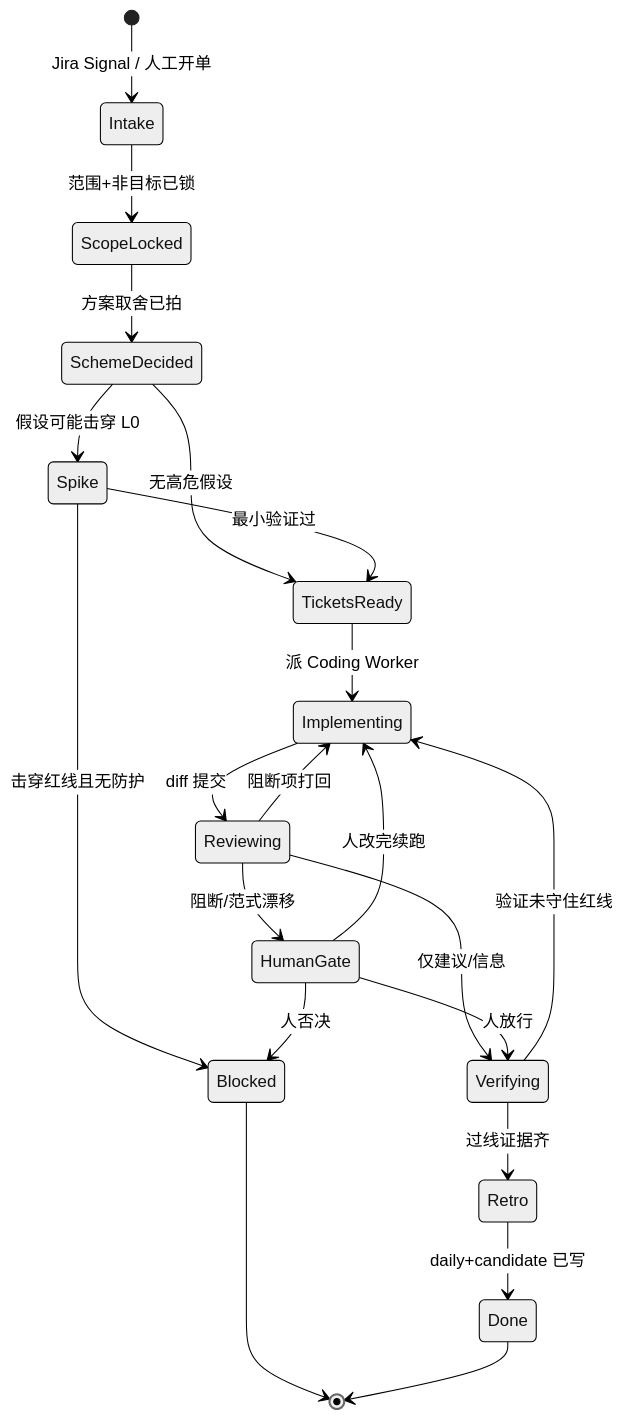
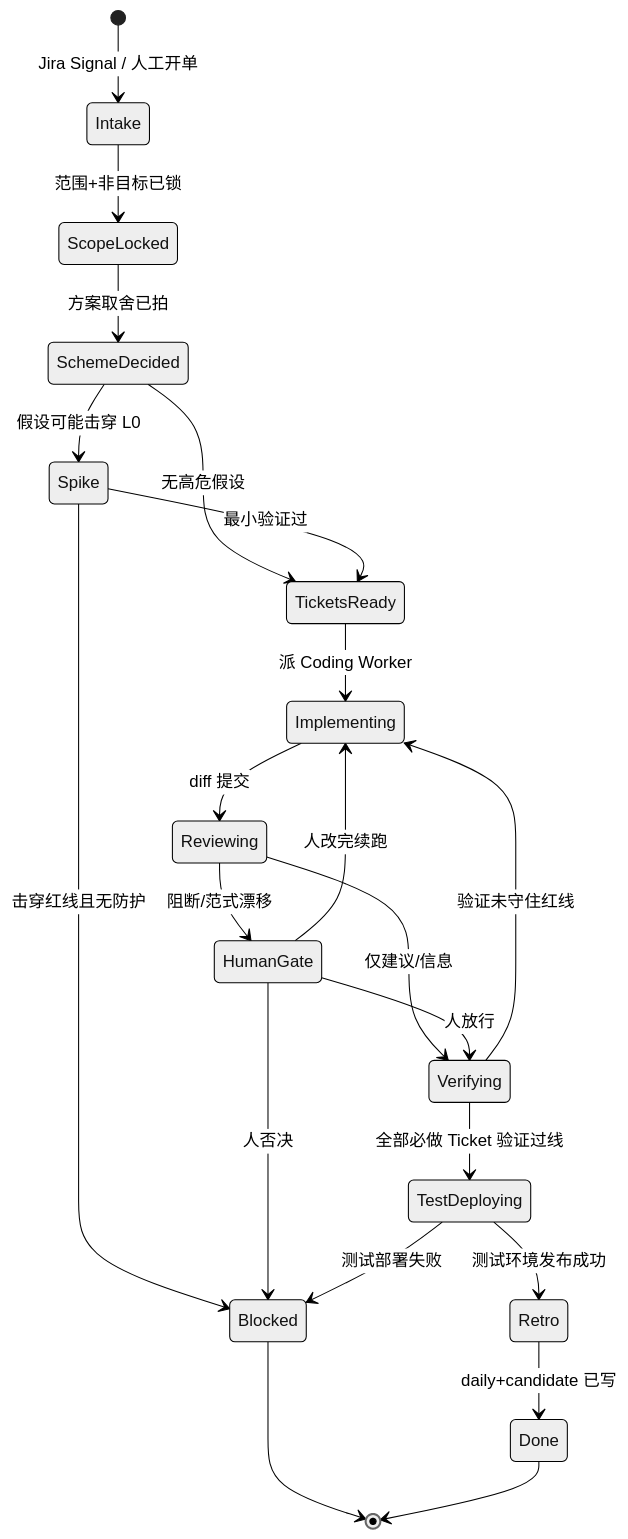
One commit to JoeSmile/dev-pipeline changed the diagram in README.md. Above: the diagram before and after it, drawn with Mermaid (neutral theme). The commit also changed other lines of this file and 29 other files, not shown here.

Commit message:
feat(DP-9): add parent workflow skeleton and TestDeploying gates

````diff
--- a/README.md
+++ b/README.md
@@ -21,23 +29,24 @@
 ```mermaid
 stateDiagram-v2
     [*] --> Intake: Jira Signal / 人工开单
     Intake --> ScopeLocked: 范围+非目标已锁
     ScopeLocked --> SchemeDecided: 方案取舍已拍
     SchemeDecided --> Spike: 假设可能击穿 L0
     SchemeDecided --> TicketsReady: 无高危假设
     Spike --> TicketsReady: 最小验证过
     Spike --> Blocked: 击穿红线且无防护
     TicketsReady --> Implementing: 派 Coding Worker
     Implementing --> Reviewing: diff 提交
-    Reviewing --> Implementing: 阻断项打回
     Reviewing --> HumanGate: 阻断/范式漂移
     Reviewing --> Verifying: 仅建议/信息
     HumanGate --> Implementing: 人改完续跑
     HumanGate --> Verifying: 人放行
     HumanGate --> Blocked: 人否决
-    Verifying --> Retro: 过线证据齐
+    Verifying --> TestDeploying: 全部必做 Ticket 验证过线
     Verifying --> Implementing: 验证未守住红线
+    TestDeploying --> Retro: 测试环境发布成功
+    TestDeploying --> Blocked: 测试部署失败
     Retro --> Done: daily+candidate 已写
     Blocked --> [*]
     Done --> [*]
 ```
````
